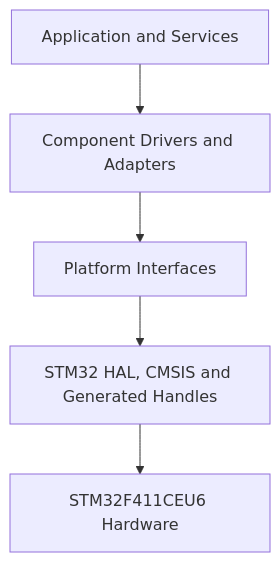
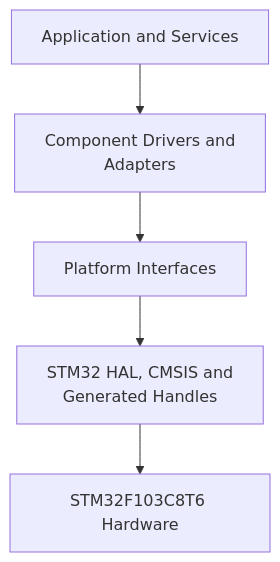
The first of 4 diagrams in Platforms/README.md (JP-REY/STM32F103C8T6-Based-Electronic-Lock), drawn with Mermaid before and after one commit. The commit also changed other lines of this file and 187 other files, not shown here.

First line of the commit message:
refactor(platform): migrate hardware platform from STM32F411 to STM32F103

````diff
--- a/Platforms/README.md
+++ b/Platforms/README.md
@@ -130,7 +130,7 @@
 ```mermaid
 flowchart TD
-    A["Application and Services"] --> B["Component Drivers and Adapters"]
+    A["Application and Services"] --> B["Component Drivers and <br/>Adapters"]
     B --> C["Platform Interfaces"]
-    C --> D["STM32 HAL, CMSIS and Generated Handles"]
-    D --> E["STM32F411CEU6 Hardware"]
+    C --> D["STM32 HAL, CMSIS and <br/>Generated Handles"]
+    D --> E["STM32F103C8T6 Hardware"]
 ```
````
